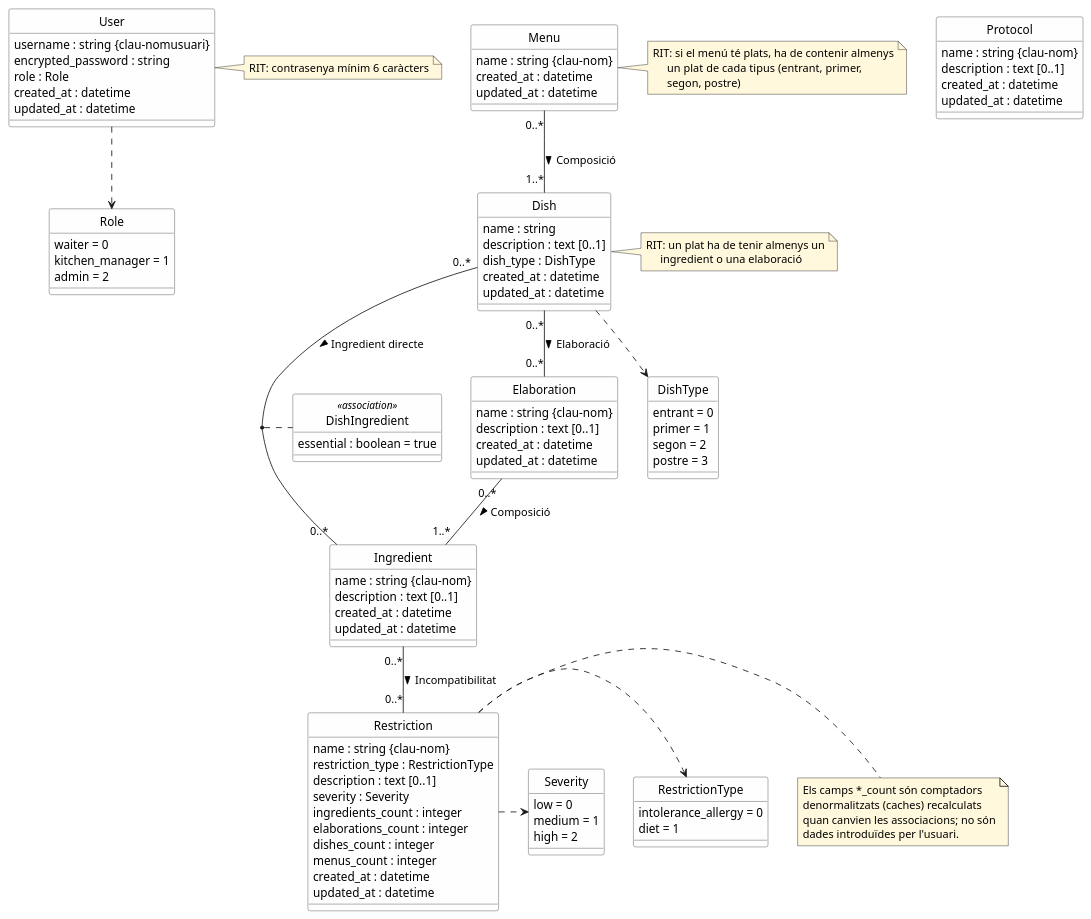
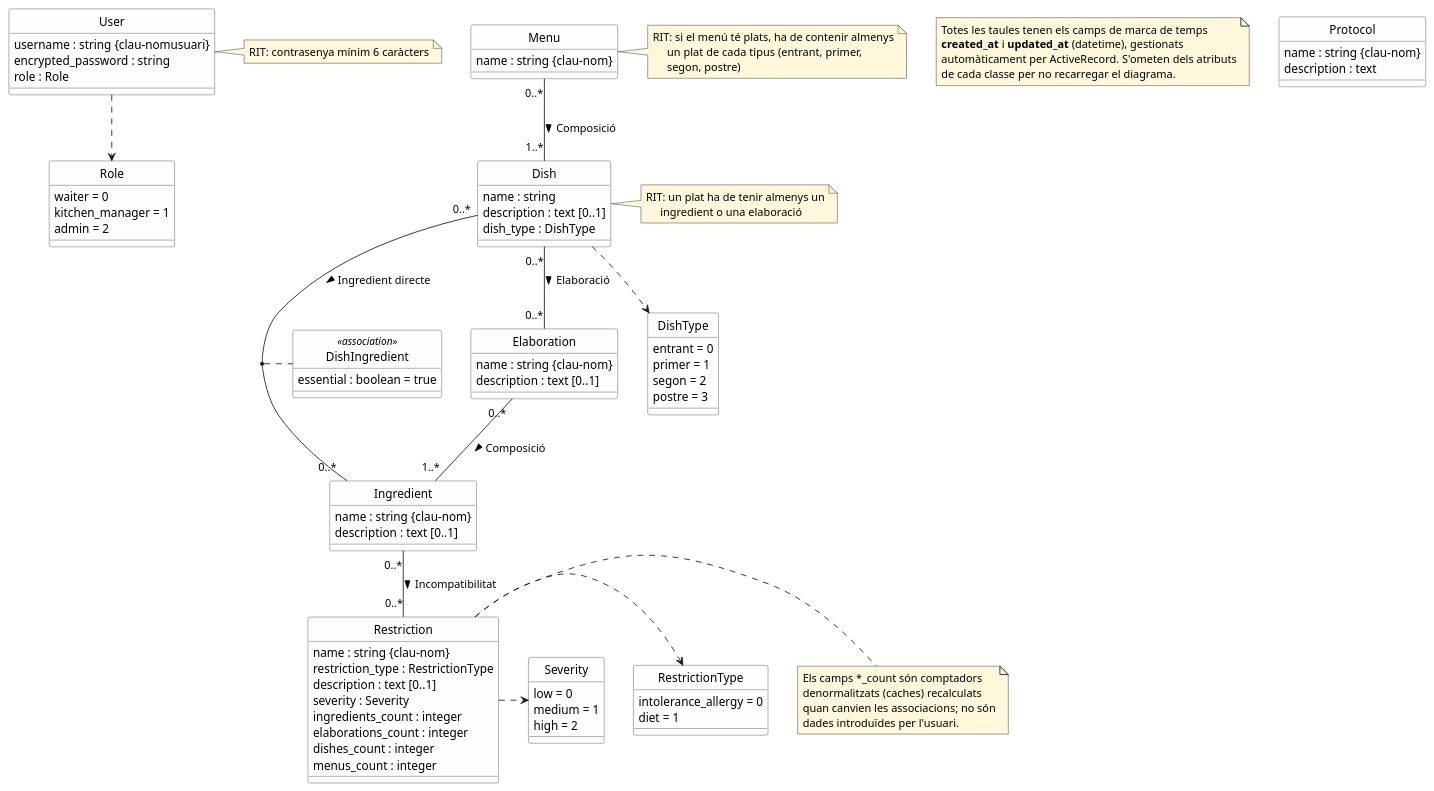
Before and after one commit to Magi-gb/Serf-APP: the diagram in doc/architecture/uml-class-diagram.puml, drawn with PlantUML. The commit also changed 4 other files, not shown here.

Commit message:
Small fixes: class diagram and NOT NULL for protocol description

```diff
--- a/doc/architecture/uml-class-diagram.puml
+++ b/doc/architecture/uml-class-diagram.puml
@@ -1,152 +1,145 @@
 @startuml Serf - Diagrama de classes
 
-' Generat a partir de db/schema.rb (versió 2026_05_31_195303)
+' Generat a partir de db/schema.rb (versió 2026_06_01_101457)
 ' Convencions:
 '   {id}         -> clau primària (a la dreta del tipus)
 '   {clau-xxx}   -> restricció UNIQUE (a la dreta del tipus)
 '   [0..1]       -> atribut opcional (a la dreta del tipus).
 '                   Tot atribut sense aquesta marca s'assumeix obligatori.
 '   RIT          -> Restricció d'Integritat Textual
 
 skinparam classAttributeIconSize 0
 skinparam classBackgroundColor #FEFEFE
 skinparam classBorderColor #444444
 skinparam noteBackgroundColor #FFF8DC
 hide circle
 
 ' ===========================================================================
 ' ENTITATS
 ' ===========================================================================
 
+note as TimestampsNote
+  Totes les taules tenen els camps de marca de temps
+  **created_at** i **updated_at** (datetime), gestionats
+  automàticament per ActiveRecord. S'ometen dels atributs
+  de cada classe per no recarregar el diagrama.
+end note
+
 class User {
   username : string {clau-nomusuari}
   encrypted_password : string
   role : Role
-  created_at : datetime
-  updated_at : datetime
 }
 note right of User
   RIT: contrasenya mínim 6 caràcters
 end note
 
 class Menu {
   name : string {clau-nom}
-  created_at : datetime
-  updated_at : datetime
 }
 note right of Menu
   RIT: si el menú té plats, ha de contenir almenys
        un plat de cada tipus (entrant, primer,
        segon, postre)
 end note
 
 class Dish {
   name : string
   description : text [0..1]
   dish_type : DishType
-  created_at : datetime
-  updated_at : datetime
 }
 note right of Dish
   RIT: un plat ha de tenir almenys un
        ingredient o una elaboració
 end note
 
 class Elaboration {
   name : string {clau-nom}
   description : text [0..1]
-  created_at : datetime
-  updated_at : datetime
 }
 
 class Ingredient {
   name : string {clau-nom}
   description : text [0..1]
-  created_at : datetime
-  updated_at : datetime
 }
 
 class Restriction {
   name : string {clau-nom}
   restriction_type : RestrictionType
   description : text [0..1]
   severity : Severity
   ingredients_count : integer
   elaborations_count : integer
   dishes_count : integer
   menus_count : integer
-  created_at : datetime
-  updated_at : datetime
 }
 note right of Restriction
   Els camps *_count són comptadors
   denormalitzats (caches) recalculats
   quan canvien les associacions; no són
   dades introduïdes per l'usuari.
 end note
 
 class Protocol {
   name : string {clau-nom}
-  description : text [0..1]
-  created_at : datetime
-  updated_at : datetime
+  description : text
 }
 
 ' ===========================================================================
 ' ENUMERACIONS
 ' ===========================================================================
 ' A nivell de BD es desen com enters; aquí es modelen com a tipus
 ' enumerats per fer explícits els valors permesos. La correspondència
 ' enter ↔ símbol és la mateixa que defineixen els `enum` d'ActiveRecord.
 
 enum Role {
   waiter = 0
   kitchen_manager = 1
   admin = 2
 }
 
 enum DishType {
   entrant = 0
   primer = 1
   segon = 2
   postre = 3
 }
 
 enum RestrictionType {
   intolerance_allergy = 0
   diet = 1
 }
 
 enum Severity {
   low = 0
   medium = 1
   high = 2
 }
 
 User ..> Role
 Dish ..> DishType
 Restriction .right.> RestrictionType
 Restriction .right.> Severity
 
 ' ===========================================================================
 ' ASSOCIACIONS N..N (nom en català + cardinalitats)
 ' ===========================================================================
 
 Menu "0..*" -- "1..*" Dish : Composició >
 
 ' Un plat es construeix amb ingredients directes i/o elaboracions.
 Dish "0..*" -- "0..*" Ingredient : Ingredient directe >
 Dish "0..*" -- "0..*" Elaboration : Elaboració >
 
 ' L'atribut `essential` distingeix els ingredients bloquejants dels
 ' substituïbles dins d'un plat: és la regla de domini clau del sistema.
 class DishIngredient <<association>> {
   essential : boolean = true
 }
 (Dish, Ingredient) .. DishIngredient
 
 Elaboration "0..*" -- "1..*" Ingredient : Composició >
 
 Ingredient "0..*" -- "0..*" Restriction : Incompatibilitat >
 
 @enduml
```
